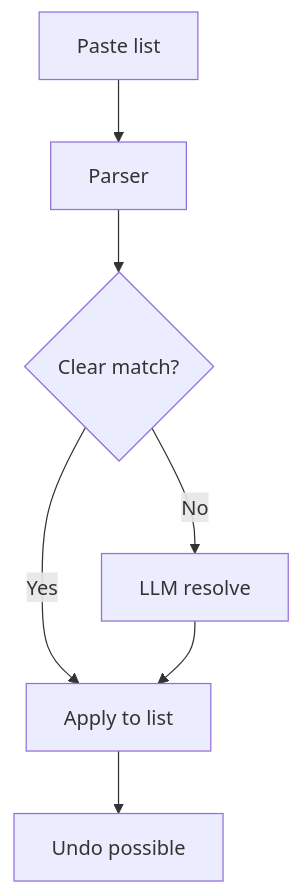
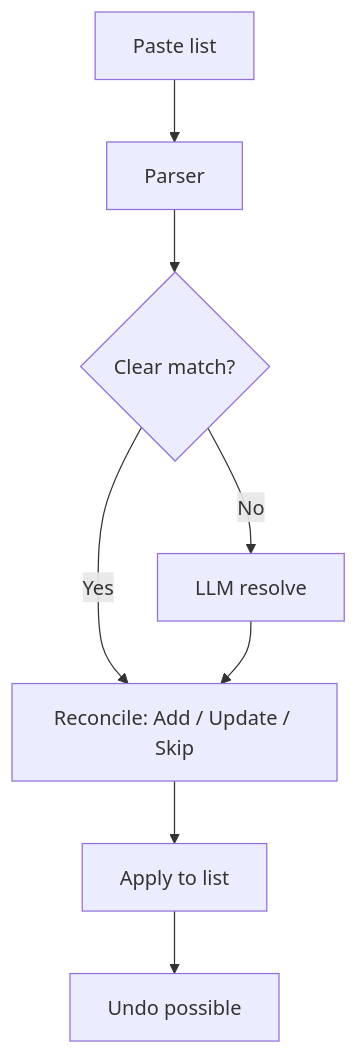
One commit to Humbl-club/Kuro-Anime-App changed the first of 6 diagrams in CURRENT_APP_STATE_PLAIN.md. Above: the diagram before and after it, drawn with Mermaid. The commit also changed other lines of this file and 2 other files, not shown here.

````diff
--- a/CURRENT_APP_STATE_PLAIN.md
+++ b/CURRENT_APP_STATE_PLAIN.md
@@ -95,9 +101,10 @@
 ```mermaid
 flowchart TD
   A[Paste list] --> B[Parser]
   B --> C{Clear match?}
-  C -->|Yes| D[Apply to list]
+  C -->|Yes| R[Reconcile: Add / Update / Skip]
   C -->|No| E[LLM resolve]
-  E --> D
+  E --> R
+  R --> D[Apply to list]
   D --> F[Undo possible]
 ```
````
